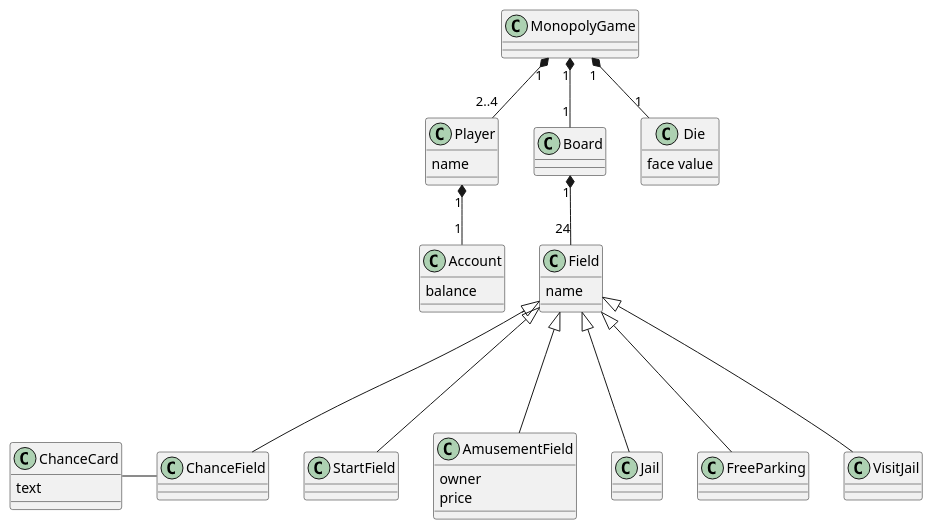
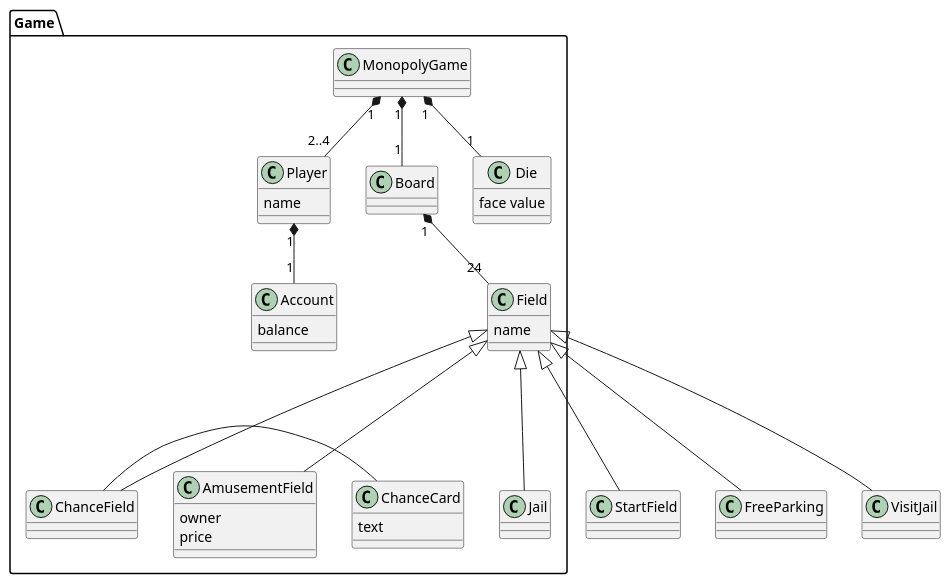
The diagram in 18_del3/PlantUML/DomainModel.puml (GabeKierk889/gruppe-18), drawn with PlantUML before and after one commit. The commit also changed 23 other files, not shown here.

```diff
--- a/18_del3/PlantUML/DomainModel.puml
+++ b/18_del3/PlantUML/DomainModel.puml
@@ -1,72 +1,72 @@
 @startuml
 'https://plantuml.com/class-diagram
 skinparam classAttributeIconSize 0
 
-class MonopolyGame {
+class Game.MonopolyGame {
 
 }
 
-class Player {
+class Game.Player {
     name
 }
 
-class Board {
+class Game.Board {
 
 }
 
-class Field {
+class Game.Field {
     name
 }
 
-class Account {
+class Game.Account {
     balance
 }
 
-class Die {
+class Game.Die {
     face value
 }
 
-class ChanceCard {
+class Game.ChanceCard {
     text
 }
 
 class StartField {
 
 }
 
-class AmusementField {
+class Game.AmusementField {
     owner
     price
 }
 
-class ChanceField {
+class Game.ChanceField {
 
 }
 
-class Jail {
+class Game.Jail {
 
 }
 
 class FreeParking {
 
 }
 
 class VisitJail {
 
 }
 
-MonopolyGame "1" *-- "1" Board
-MonopolyGame "1" *-- "1" Die
-MonopolyGame "1" *-- "2..4" Player
-Player "1" *-- "1" Account
-Board "1" *-- "24" Field
-Field <|--- StartField
-Field <|--- AmusementField
-Field <|--- ChanceField
-Field <|--- Jail
-Field <|--- FreeParking
-Field <|--- VisitJail
-ChanceCard - ChanceField
+Game.MonopolyGame "1" *-- "1" Game.Board
+Game.MonopolyGame "1" *-- "1" Game.Die
+Game.MonopolyGame "1" *-- "2..4" Game.Player
+Game.Player "1" *-- "1" Game.Account
+Game.Board "1" *-- "24" Game.Field
+Game.Field <|--- StartField
+Game.Field <|--- Game.AmusementField
+Game.Field <|--- Game.ChanceField
+Game.Field <|--- Game.Jail
+Game.Field <|--- FreeParking
+Game.Field <|--- VisitJail
+Game.ChanceCard - Game.ChanceField
 
 
 @enduml
```
